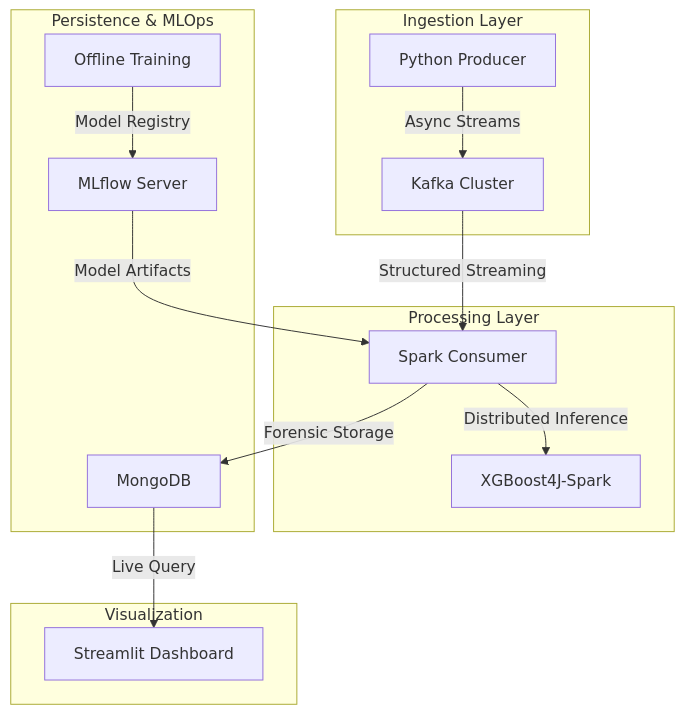
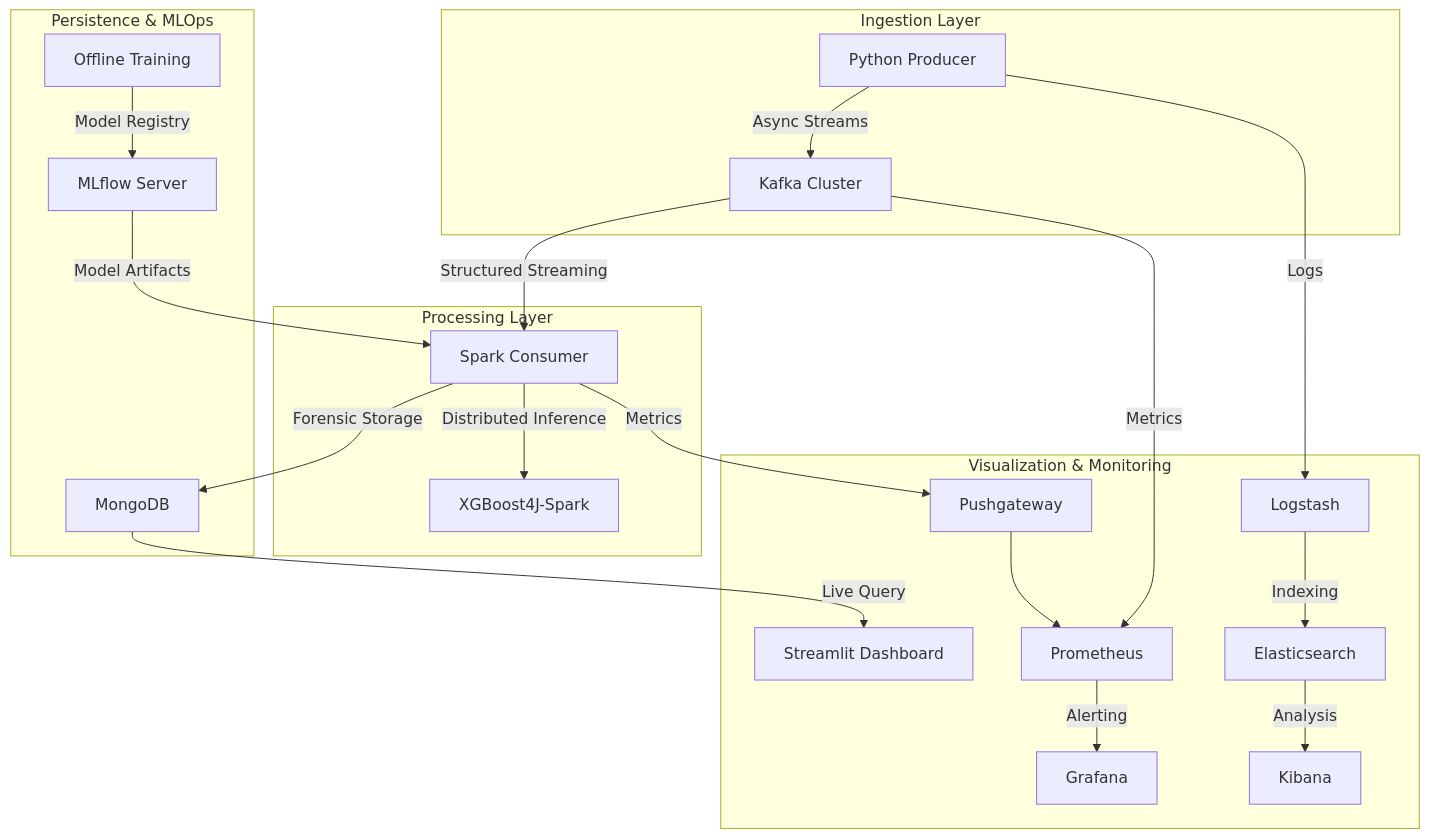
Before and after one commit to RimeAabil/FraudPulse: the diagram in README.md, drawn with Mermaid. The commit also changed other lines of this file and 1 other file, not shown here.

Commit message:
feat: finalize professional documentation with architecture diagram and observability stack

````diff
--- a/README.md
+++ b/README.md
@@ -10,21 +10,28 @@
 ```mermaid
 graph TD
     subgraph "Ingestion Layer"
         P[Python Producer] --> |Async Streams| K[Kafka Cluster]
     end
 
     subgraph "Processing Layer"
         K --> |Structured Streaming| S[Spark Consumer]
         S --> |Distributed Inference| X[XGBoost4J-Spark]
     end
 
     subgraph "Persistence & MLOps"
         S --> |Forensic Storage| M[MongoDB]
         T[Offline Training] --> |Model Registry| MF[MLflow Server]
         MF --> |Model Artifacts| S
     end
 
-    subgraph "Visualization"
+    subgraph "Visualization & Monitoring"
         M --> |Live Query| D[Streamlit Dashboard]
+        K --> |Metrics| PM[Prometheus]
+        S --> |Metrics| PG[Pushgateway]
+        PG --> PM
+        PM --> |Alerting| G[Grafana]
+        P --> |Logs| L[Logstash]
+        L --> |Indexing| E[Elasticsearch]
+        E --> |Analysis| KB[Kibana]
     end
 ```
````
